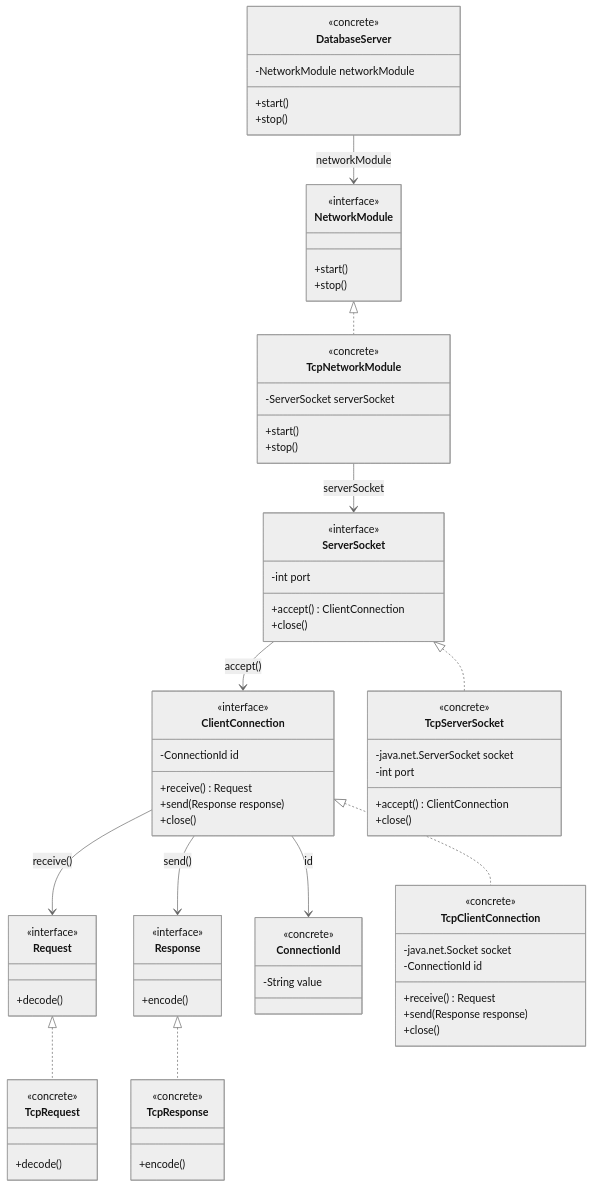
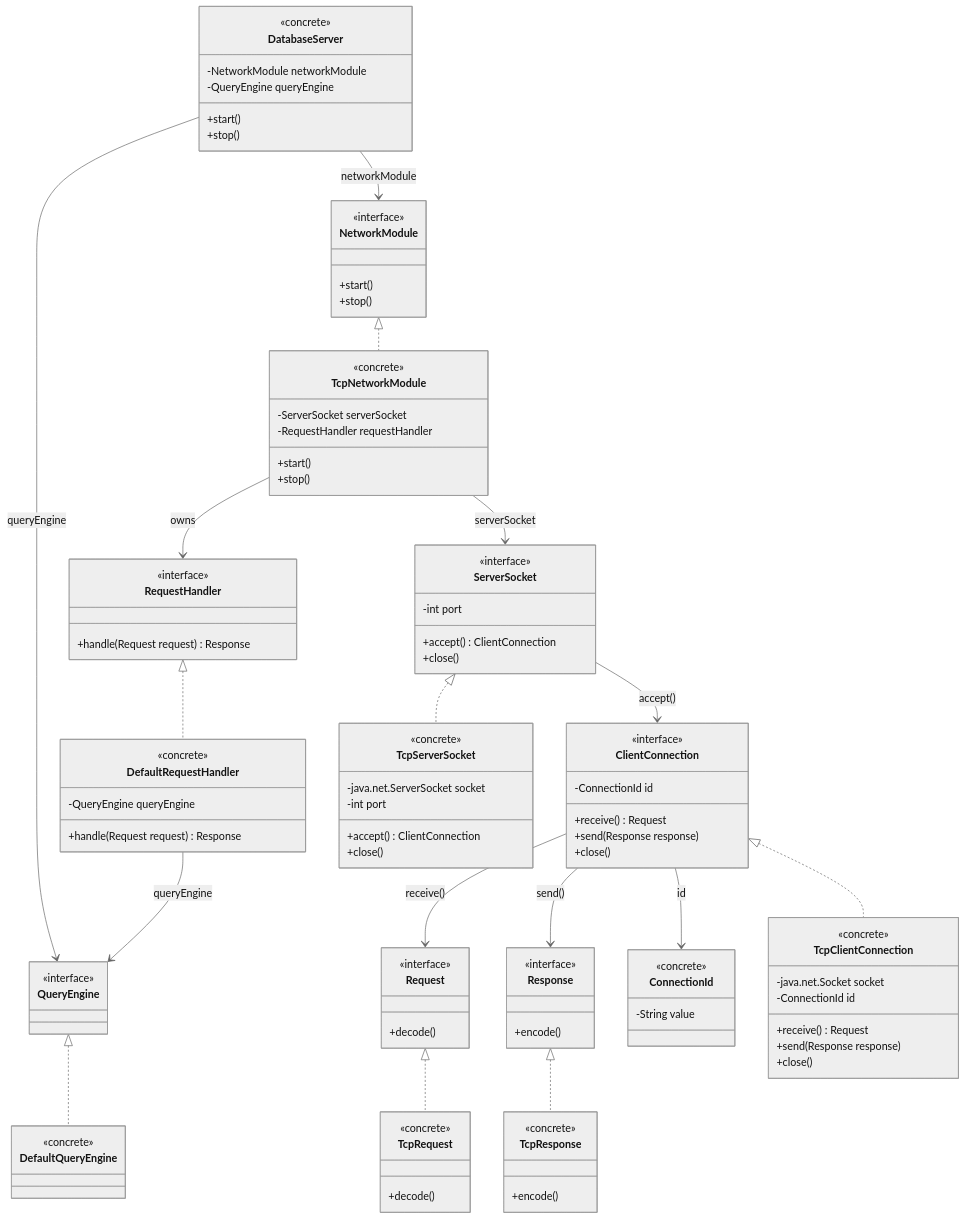
Before and after one commit to ItsPalash13/java-db: the diagram in docs/lld/java-database-lld.md, drawn with Mermaid (neutral theme). The commit also changed 12 other files, not shown here.

First line of the commit message:
feat: Add QueryEngine and RequestHandler stubs with DI ownership wiring.

```diff
--- a/docs/lld/java-database-lld.md
+++ b/docs/lld/java-database-lld.md
@@ -5,6 +5,7 @@
     class DatabaseServer {
         <<concrete>>
         -NetworkModule networkModule
+        -QueryEngine queryEngine
         +start()
         +stop()
     }
@@ -13,6 +14,25 @@
         <<interface>>
         +start()
         +stop()
+    }
+
+    class RequestHandler {
+        <<interface>>
+        +handle(Request request) Response
+    }
+
+    class DefaultRequestHandler {
+        <<concrete>>
+        -QueryEngine queryEngine
+        +handle(Request request) Response
+    }
+
+    class QueryEngine {
+        <<interface>>
+    }
+
+    class DefaultQueryEngine {
+        <<concrete>>
     }
 
     class ServerSocket {
@@ -48,6 +68,7 @@
     class TcpNetworkModule {
         <<concrete>>
         -ServerSocket serverSocket
+        -RequestHandler requestHandler
         +start()
         +stop()
     }
@@ -80,7 +101,15 @@
     }
 
     DatabaseServer --> NetworkModule : networkModule
+    DatabaseServer --> QueryEngine : queryEngine
+
     NetworkModule <|.. TcpNetworkModule
+    RequestHandler <|.. DefaultRequestHandler
+    QueryEngine <|.. DefaultQueryEngine
+
+    TcpNetworkModule --> RequestHandler : owns
+    DefaultRequestHandler --> QueryEngine : queryEngine
+
     ServerSocket <|.. TcpServerSocket
     ClientConnection <|.. TcpClientConnection
     Request <|.. TcpRequest
```
